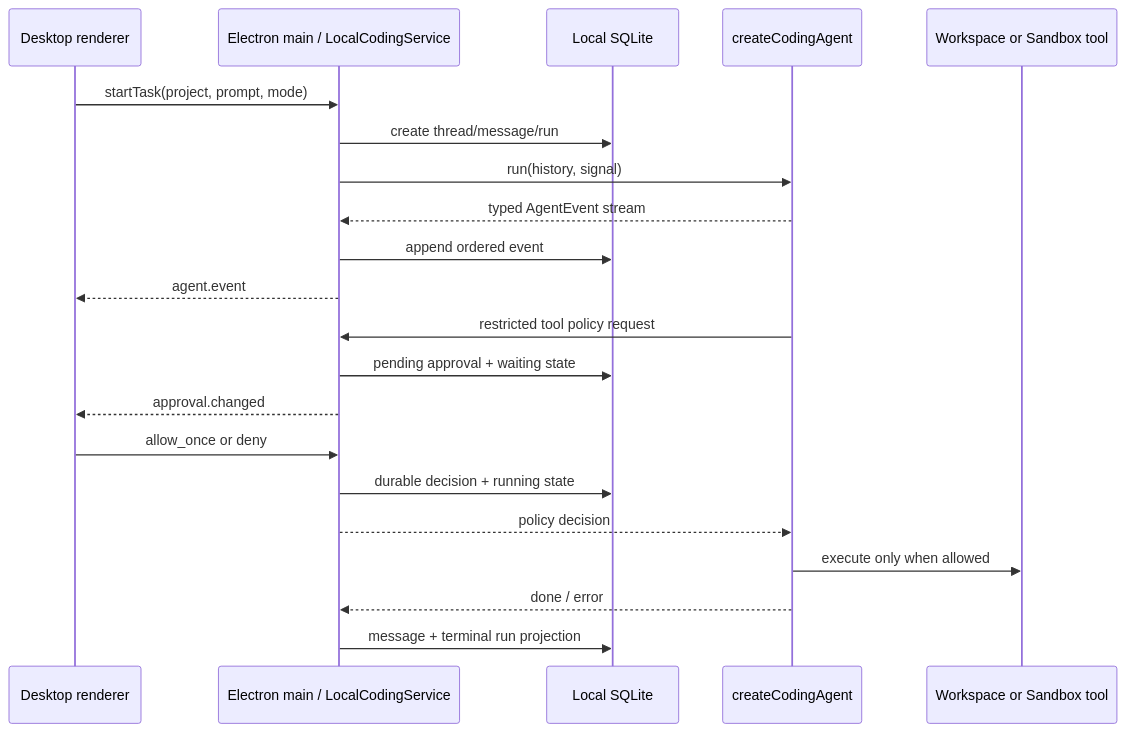
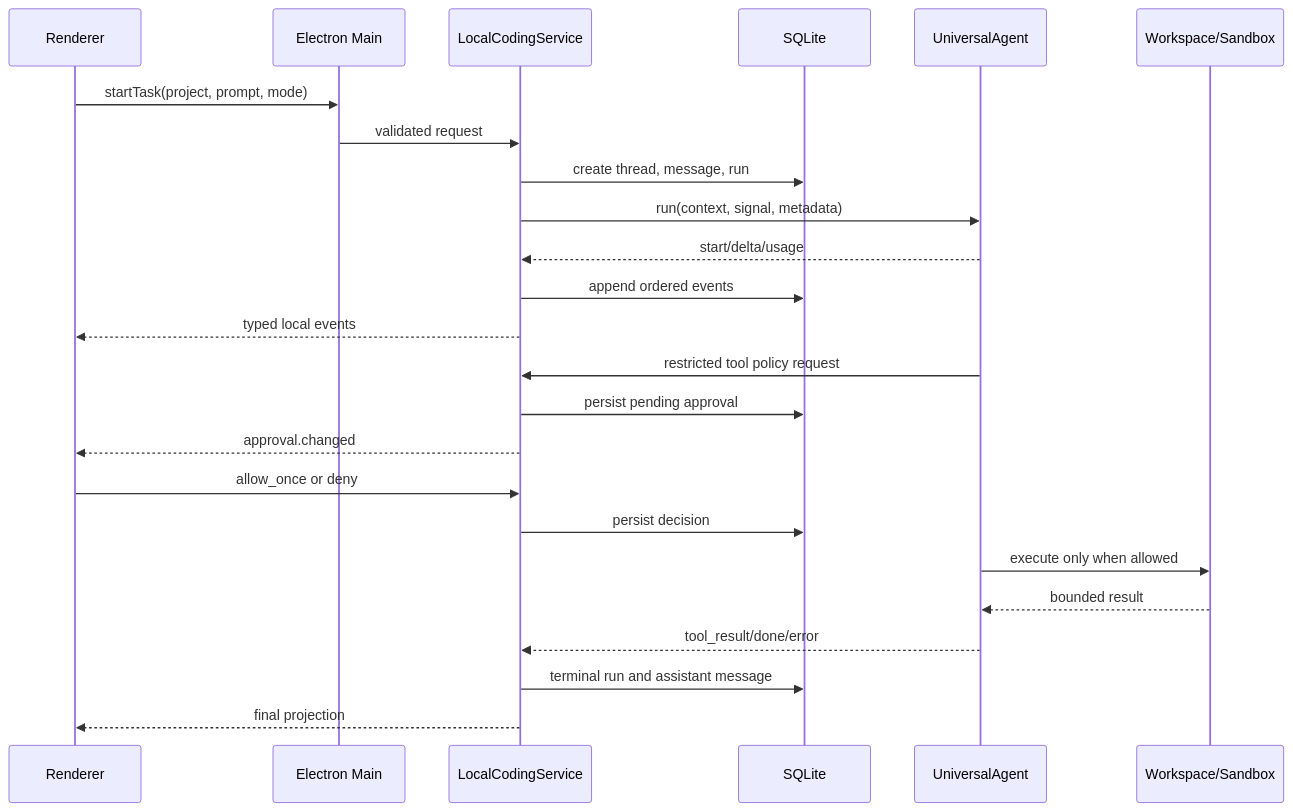
Before and after one commit to Whiskeyi/brace: the second of 2 diagrams in docs/architecture.md, drawn with Mermaid. The commit also changed other lines of this file and 98 other files, not shown here.

````diff
--- a/docs/architecture.md
+++ b/docs/architecture.md
@@ -95,24 +76,27 @@
 ```mermaid
 sequenceDiagram
-  participant UI as Desktop renderer
-  participant Host as Electron main / LocalCodingService
-  participant DB as Local SQLite
-  participant Agent as createCodingAgent
-  participant Tool as Workspace or Sandbox tool
+  participant UI as Renderer
+  participant Main as Electron Main
+  participant Service as LocalCodingService
+  participant DB as SQLite
+  participant Agent as UniversalAgent
+  participant Tool as Workspace/Sandbox
 
-  UI->>Host: startTask(project, prompt, mode)
-  Host->>DB: create thread/message/run
-  Host->>Agent: run(history, signal)
-  Agent-->>Host: typed AgentEvent stream
-  Host->>DB: append ordered event
-  Host-->>UI: agent.event
-  Agent->>Host: restricted tool policy request
-  Host->>DB: pending approval + waiting state
-  Host-->>UI: approval.changed
-  UI->>Host: allow_once or deny
-  Host->>DB: durable decision + running state
-  Host-->>Agent: policy decision
+  UI->>Main: startTask(project, prompt, mode)
+  Main->>Service: validated request
+  Service->>DB: create thread, message, run
+  Service->>Agent: run(context, signal, metadata)
+  Agent-->>Service: start/delta/usage
+  Service->>DB: append ordered events
+  Service-->>UI: typed local events
+  Agent->>Service: restricted tool policy request
+  Service->>DB: persist pending approval
+  Service-->>UI: approval.changed
+  UI->>Service: allow_once or deny
+  Service->>DB: persist decision
   Agent->>Tool: execute only when allowed
-  Agent-->>Host: done / error
-  Host->>DB: message + terminal run projection
+  Tool-->>Agent: bounded result
+  Agent-->>Service: tool_result/done/error
+  Service->>DB: terminal run and assistant message
+  Service-->>UI: final projection
 ```
````
